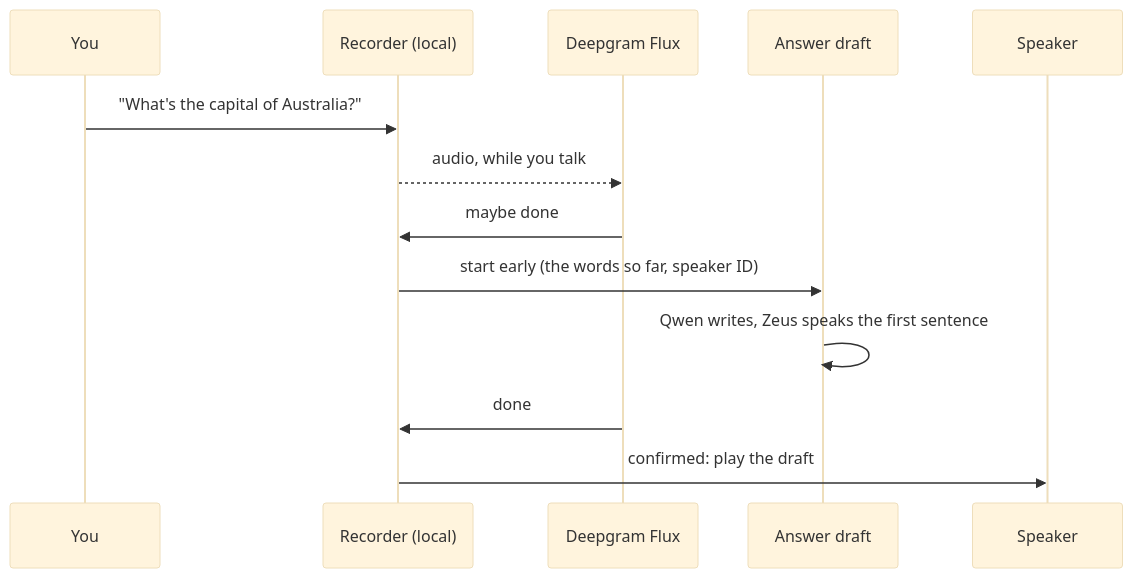
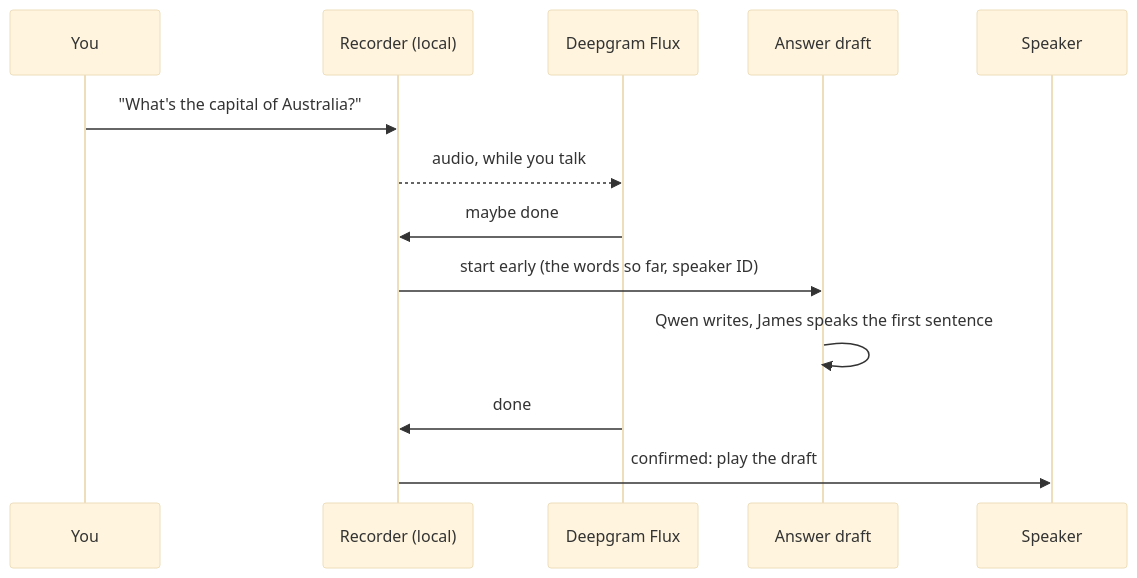
One commit to alon-pilosoph/tars changed the diagram in docs/latency.md. Above: the diagram before and after it, drawn with Mermaid (base theme). The commit also changed other lines of this file and 17 other files, not shown here.

First line of the commit message:
A new voice, Cartesia's James: 0.14 s sooner on every sentence, and none of Flux's late starts (#19)

````diff
--- a/docs/latency.md
+++ b/docs/latency.md
@@ -28,15 +28,15 @@
 ```mermaid
 sequenceDiagram
     participant You
     participant Rec as Recorder (local)
     participant DG as Deepgram Flux
     participant Draft as Answer draft
     participant Out as Speaker
     You->>Rec: "What's the capital of Australia?"
     Rec-->>DG: audio, while you talk
     DG->>Rec: maybe done
     Rec->>Draft: start early (the words so far, speaker ID)
-    Draft->>Draft: Qwen writes, Zeus speaks the first sentence
+    Draft->>Draft: Qwen writes, James speaks the first sentence
     DG->>Rec: done
     Rec->>Out: confirmed: play the draft
 ```
````
